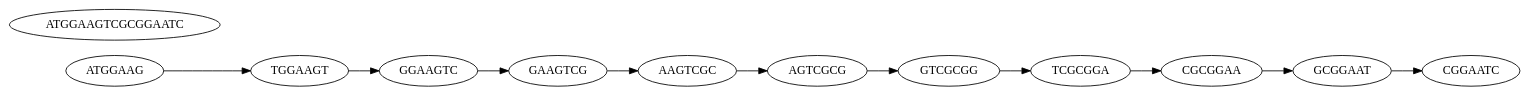
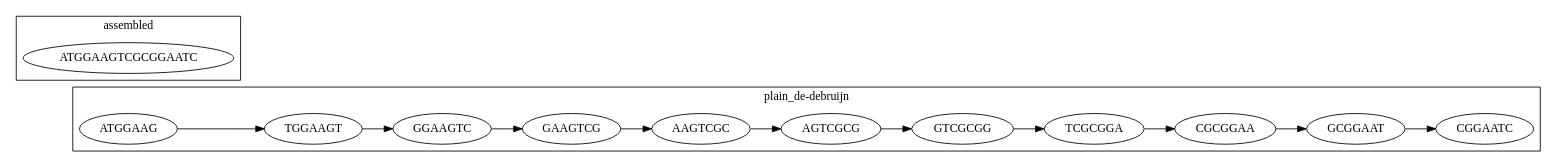
One commit to sachanganesh/chenille-genome-assembler changed the diagram in assembly.gv. Above: the diagram before and after it, drawn with Graphviz. The commit also changed 2 other files, not shown here.

Commit message:
seperate graphs in visualization with boxes

```diff
--- a/assembly.gv
+++ b/assembly.gv
@@ -1,26 +1,32 @@
 // de Bruijn graph for assembly
 digraph {
-	GGAAGTC [label=GGAAGTC]
-	GGAAGTC -> GAAGTCG
-	AGTCGCG [label=AGTCGCG]
-	AGTCGCG -> GTCGCGG
-	ATGGAAG [label=ATGGAAG]
-	ATGGAAG -> TGGAAGT
-	GTCGCGG [label=GTCGCGG]
-	GTCGCGG -> TCGCGGA
-	AAGTCGC [label=AAGTCGC]
-	AAGTCGC -> AGTCGCG
-	TGGAAGT [label=TGGAAGT]
-	TGGAAGT -> GGAAGTC
-	GCGGAAT [label=GCGGAAT]
-	GCGGAAT -> CGGAATC
-	GAAGTCG [label=GAAGTCG]
-	GAAGTCG -> AAGTCGC
-	TCGCGGA [label=TCGCGGA]
-	TCGCGGA -> CGCGGAA
-	CGGAATC [label=CGGAATC]
-	CGCGGAA [label=CGCGGAA]
-	CGCGGAA -> GCGGAAT
-	ATGGAAGTCGCGGAATC [label=ATGGAAGTCGCGGAATC]
+	subgraph "cluster_plain_de-debruijn" {
+		label="plain_de-debruijn"
+		GAAGTCG [label=GAAGTCG]
+		GAAGTCG -> AAGTCGC
+		GGAAGTC [label=GGAAGTC]
+		GGAAGTC -> GAAGTCG
+		TGGAAGT [label=TGGAAGT]
+		TGGAAGT -> GGAAGTC
+		AAGTCGC [label=AAGTCGC]
+		AAGTCGC -> AGTCGCG
+		AGTCGCG [label=AGTCGCG]
+		AGTCGCG -> GTCGCGG
+		GCGGAAT [label=GCGGAAT]
+		GCGGAAT -> CGGAATC
+		GTCGCGG [label=GTCGCGG]
+		GTCGCGG -> TCGCGGA
+		CGGAATC [label=CGGAATC]
+		CGCGGAA [label=CGCGGAA]
+		CGCGGAA -> GCGGAAT
+		ATGGAAG [label=ATGGAAG]
+		ATGGAAG -> TGGAAGT
+		TCGCGGA [label=TCGCGGA]
+		TCGCGGA -> CGCGGAA
+	}
+	subgraph cluster_assembled {
+		label=assembled
+		ATGGAAGTCGCGGAATC [label=ATGGAAGTCGCGGAATC]
+	}
 	rankdir=LR
 }
```
